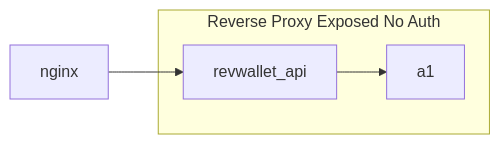
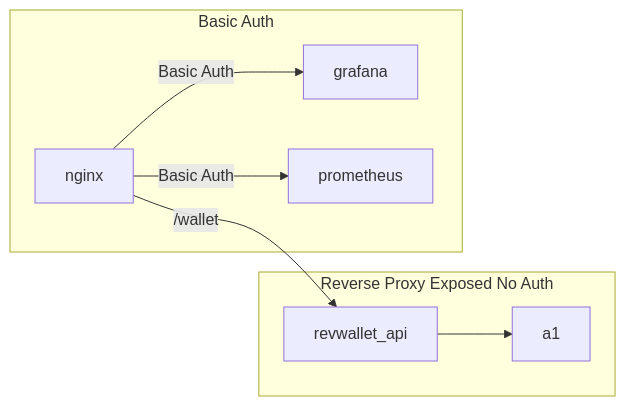
The first of 2 diagrams in README.md (arthurjguerra/revwallet), drawn with Mermaid before and after one commit.

Commit message:
feat: add arch diagram

````diff
--- a/README.md
+++ b/README.md
@@ -6,7 +6,11 @@
 ```mermaid
 flowchart LR
-    nginx --> revwallet_api
-    subgraph ide1 [Reverse Proxy Exposed No Auth]
-      revwallet_api --> a1
-    end
+  nginx -- /wallet --> revwallet_api
+  subgraph ide1 [Reverse Proxy Exposed No Auth]
+    revwallet_api --> a1
+  end
+  subgraph Basic Auth
+    nginx -- Basic Auth --> grafana
+    nginx -- Basic Auth --> prometheus
+  end
 ```
````
